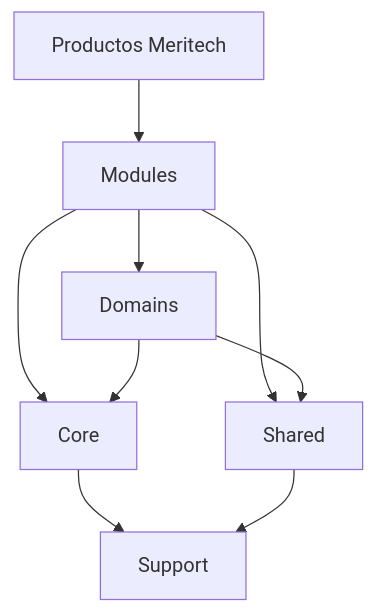
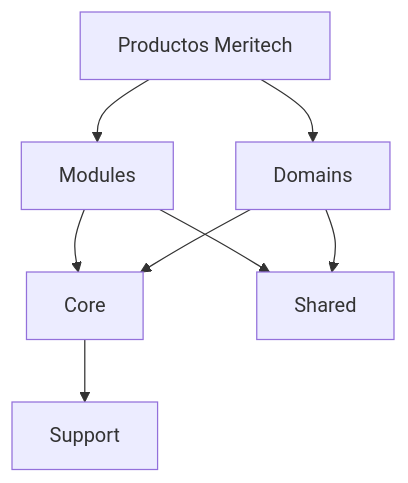
One commit to jadcve/meritech-foundation-app changed the diagram in docs/01_ARCHITECTURE/ARCHITECTURE.md. Above: the diagram before and after it, drawn with Mermaid. The commit also changed other lines of this file and 26 other files, not shown here.

````diff
--- a/docs/01_ARCHITECTURE/ARCHITECTURE.md
+++ b/docs/01_ARCHITECTURE/ARCHITECTURE.md
@@ -9,11 +15,10 @@
 ```mermaid
 flowchart TD
     Product[Productos Meritech] --> Modules[Modules]
-    Modules --> Domains[Domains]
+    Product --> Domains[Domains]
     Modules --> Core[Core]
     Domains --> Core
     Modules --> Shared[Shared]
     Domains --> Shared
     Core --> Support[Support]
-    Shared --> Support
 ```
````
